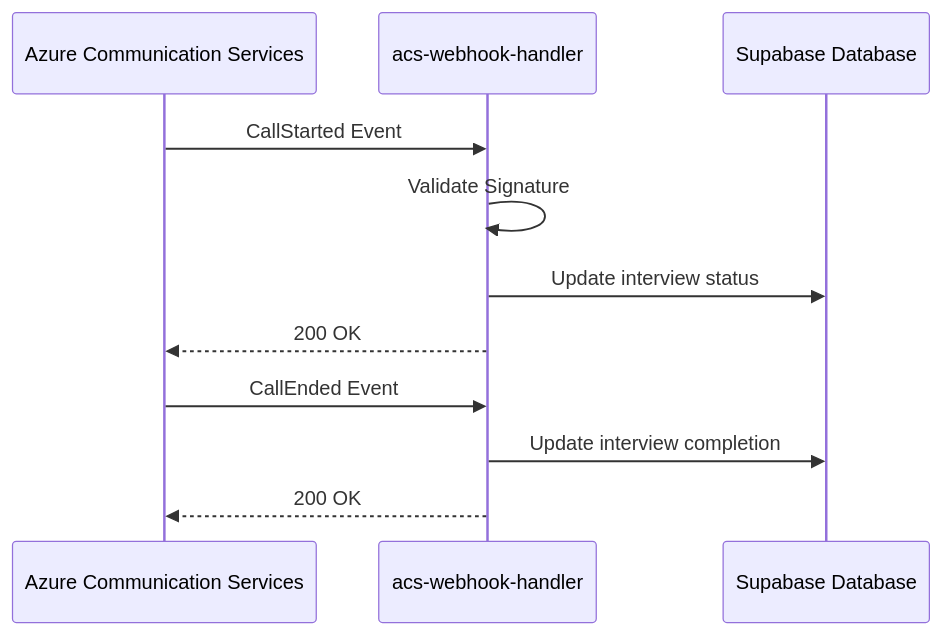
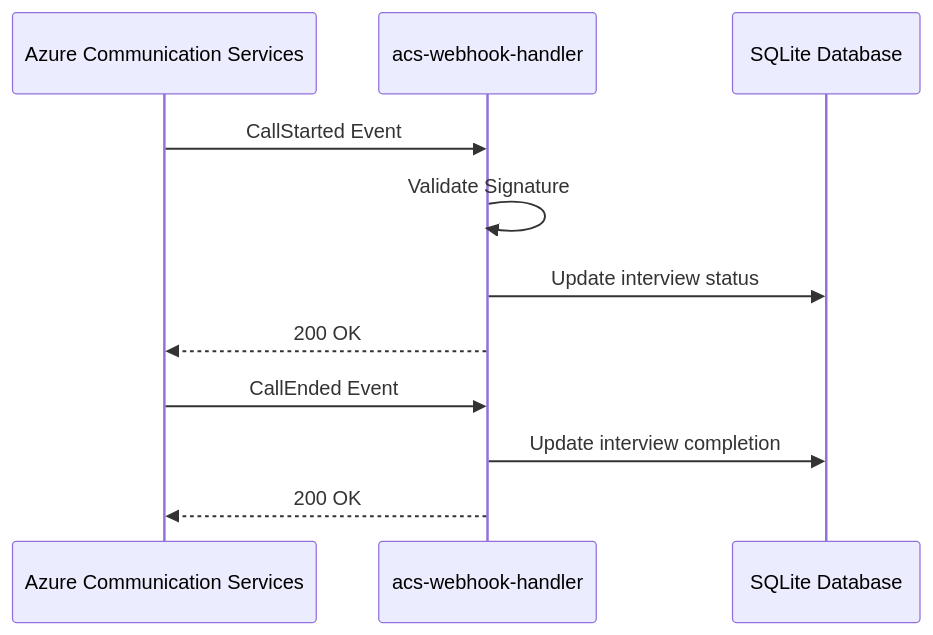
Before and after one commit to dcava30/Talenti_MVP: the second of 2 diagrams in API_REFERENCE.md, drawn with Mermaid. The commit also changed other lines of this file and 49 other files, not shown here.

````diff
--- a/API_REFERENCE.md
+++ b/API_REFERENCE.md
@@ -645,15 +750,15 @@
 ```mermaid
 sequenceDiagram
     participant ACS as Azure Communication Services
     participant Webhook as acs-webhook-handler
-    participant DB as Supabase Database
+    participant DB as SQLite Database
     
     ACS->>Webhook: CallStarted Event
     Webhook->>Webhook: Validate Signature
     Webhook->>DB: Update interview status
     Webhook-->>ACS: 200 OK
     
     ACS->>Webhook: CallEnded Event
     Webhook->>DB: Update interview completion
     Webhook-->>ACS: 200 OK
 ```
````
